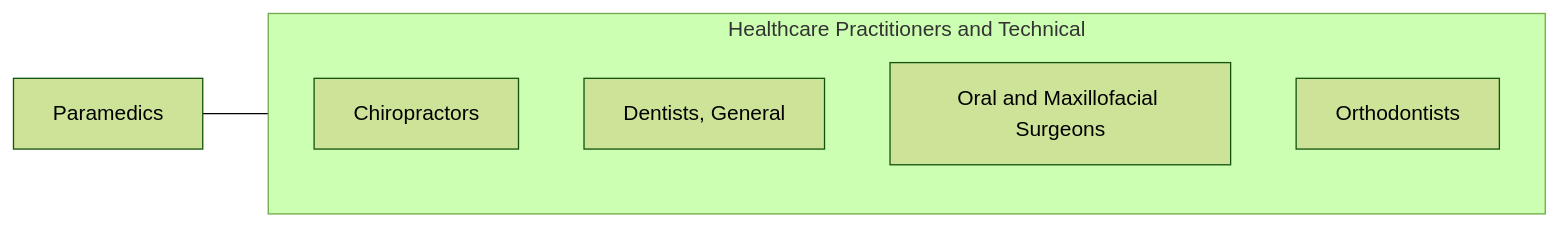
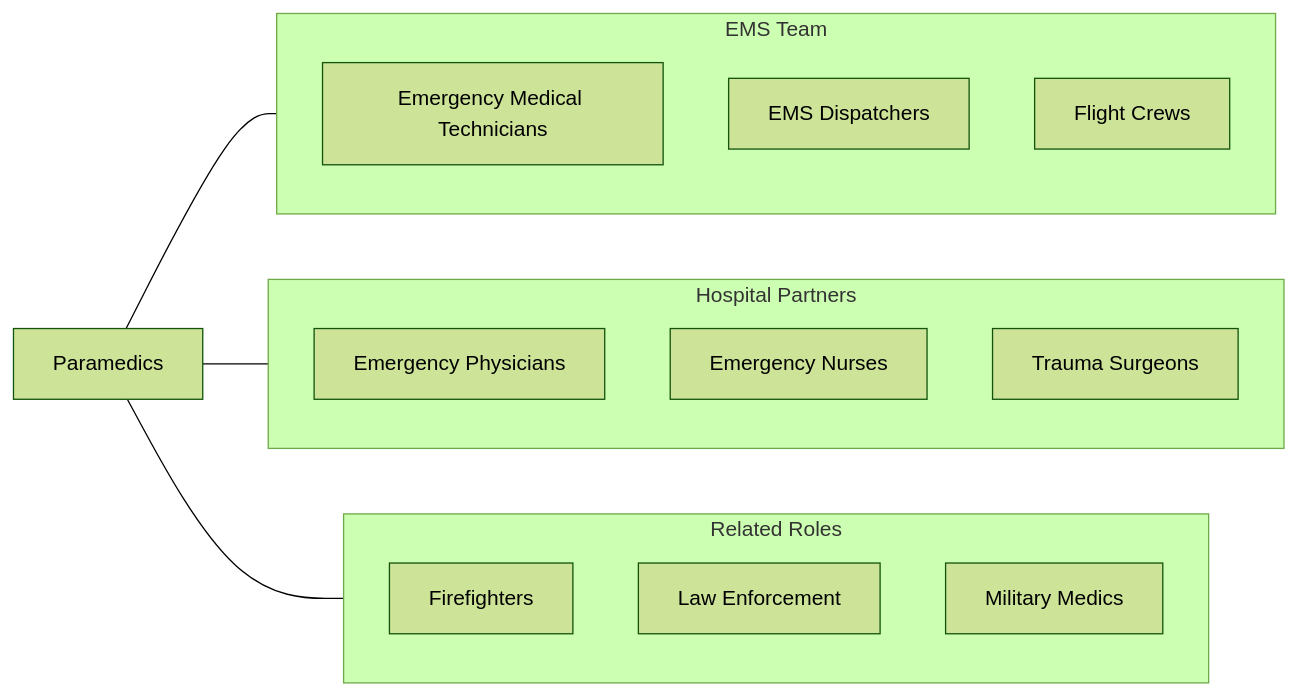
The fourth of 4 diagrams in occupations/HealthcarePractitioners/Paramedics.mdx (kziemski/business.org.ai), drawn with Mermaid (forest theme) before and after one commit. The commit also changed other lines of this file and 938 other files, not shown here.

````diff
--- a/occupations/HealthcarePractitioners/Paramedics.mdx
+++ b/occupations/HealthcarePractitioners/Paramedics.mdx
@@ -98,13 +216,26 @@
 ```mermaid
 graph LR
     Current["Paramedics"]
 
-    subgraph SameCategory["Healthcare Practitioners and Technical"]
-        Chiropractors["Chiropractors"]
-        DentistsGeneral["Dentists, General"]
-        OralAndMaxillofacial["Oral and Maxillofacial Surgeons"]
-        Orthodontists["Orthodontists"]
+    subgraph EMS["EMS Team"]
+        EMTs["Emergency Medical Technicians"]
+        Dispatchers["EMS Dispatchers"]
+        FlightCrew["Flight Crews"]
     end
 
-    Current --- SameCategory
+    subgraph Hospital["Hospital Partners"]
+        EmergMD["Emergency Physicians"]
+        EmergNurse["Emergency Nurses"]
+        TraumaSurg["Trauma Surgeons"]
+    end
+
+    subgraph Related["Related Roles"]
+        Firefighters["Firefighters"]
+        Police["Law Enforcement"]
+        MilitaryMedic["Military Medics"]
+    end
+
+    Current --- EMS
+    Current --- Hospital
+    Current --- Related
 ```
````
